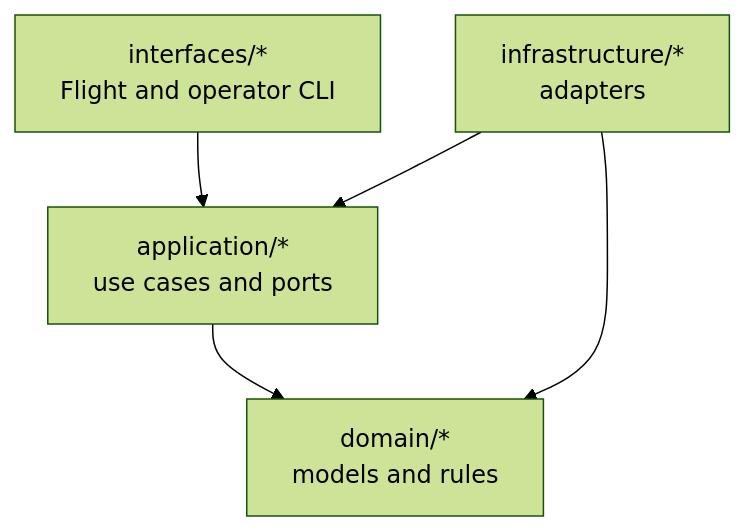
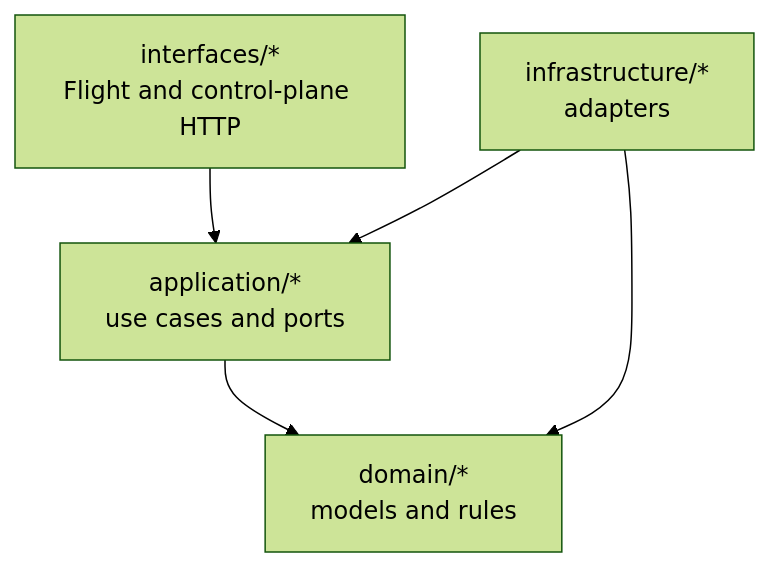
Before and after one commit to snithish/dal-obscura: the first of 2 diagrams in docs/development.md, drawn with Mermaid (forest theme). The commit also changed other lines of this file and 174 other files, not shown here.

````diff
--- a/docs/development.md
+++ b/docs/development.md
@@ -24,7 +25,7 @@
 ```mermaid
 flowchart TB
-    interfaces["interfaces/*\nFlight and operator CLI"] --> app["application/*\nuse cases and ports"]
+    interfaces["interfaces/*\nFlight and control-plane HTTP"] --> app["application/*\nuse cases and ports"]
     app --> domain["domain/*\nmodels and rules"]
     infra["infrastructure/*\nadapters"] --> app
     infra --> domain
 ```
````
